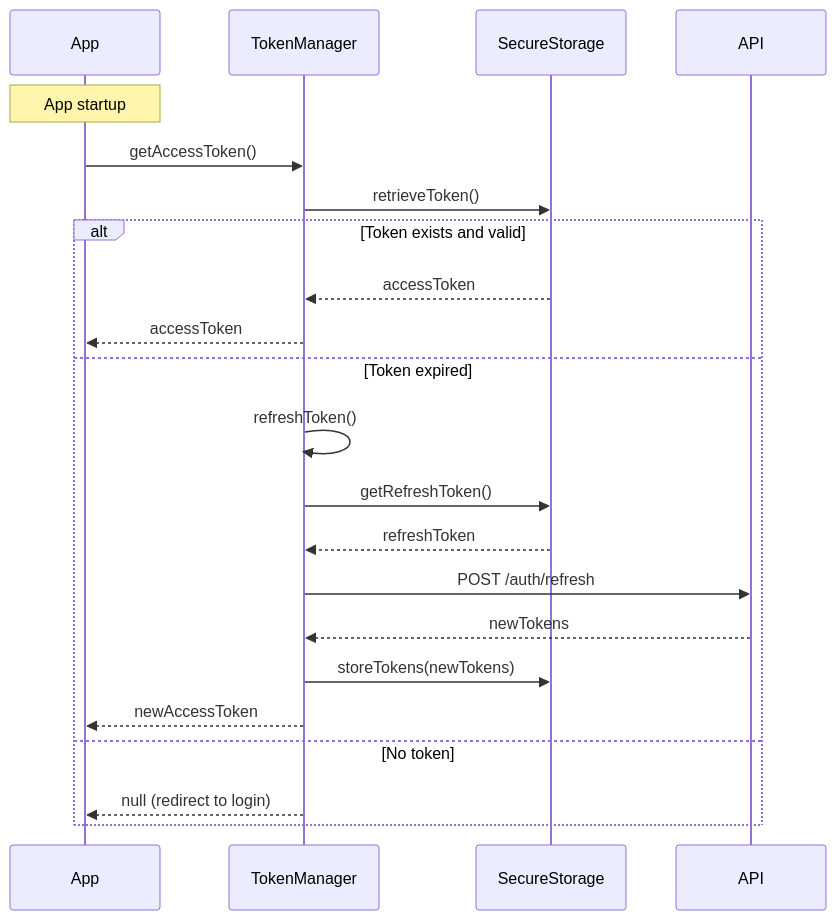
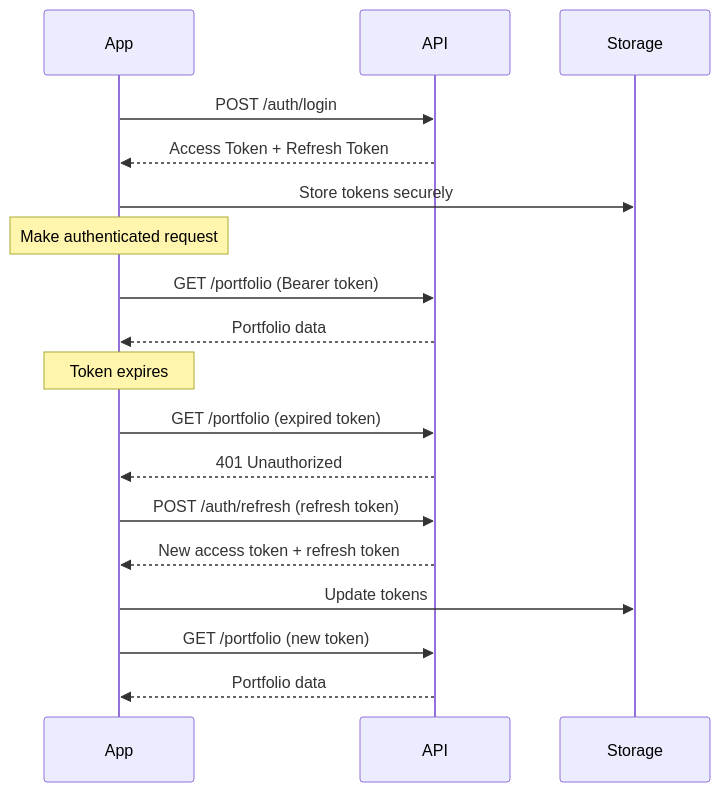
Before and after one commit to vovkins/agents-react-native-experiment-2: the fifth of 9 diagrams in docs/design/system-design.md, drawn with Mermaid. The commit also changed other lines of this file, not shown here.

````diff
--- a/docs/design/system-design.md
+++ b/docs/design/system-design.md
@@ -1094,26 +789,25 @@
 ```mermaid
 sequenceDiagram
     participant App
-    participant TokenManager
-    participant SecureStorage
     participant API
+    participant Storage
     
-    Note over App: App startup
-    App->>TokenManager: getAccessToken()
-    TokenManager->>SecureStorage: retrieveToken()
+    App->>API: POST /auth/login
+    API-->>App: Access Token + Refresh Token
+    App->>Storage: Store tokens securely
     
-    alt Token exists and valid
-        SecureStorage-->>TokenManager: accessToken
-        TokenManager-->>App: accessToken
-    else Token expired
-        TokenManager->>TokenManager: refreshToken()
-        TokenManager->>SecureStorage: getRefreshToken()
-        SecureStorage-->>TokenManager: refreshToken
-        TokenManager->>API: POST /auth/refresh
-        API-->>TokenManager: newTokens
-        TokenManager->>SecureStorage: storeTokens(newTokens)
-        TokenManager-->>App: newAccessToken
-    else No token
-        TokenManager-->>App: null (redirect to login)
-    end
+    Note over App: Make authenticated request
+    App->>API: GET /portfolio (Bearer token)
+    API-->>App: Portfolio data
+    
+    Note over App: Token expires
+    App->>API: GET /portfolio (expired token)
+    API-->>App: 401 Unauthorized
+    
+    App->>API: POST /auth/refresh (refresh token)
+    API-->>App: New access token + refresh token
+    App->>Storage: Update tokens
+    
+    App->>API: GET /portfolio (new token)
+    API-->>App: Portfolio data
 ```
````
